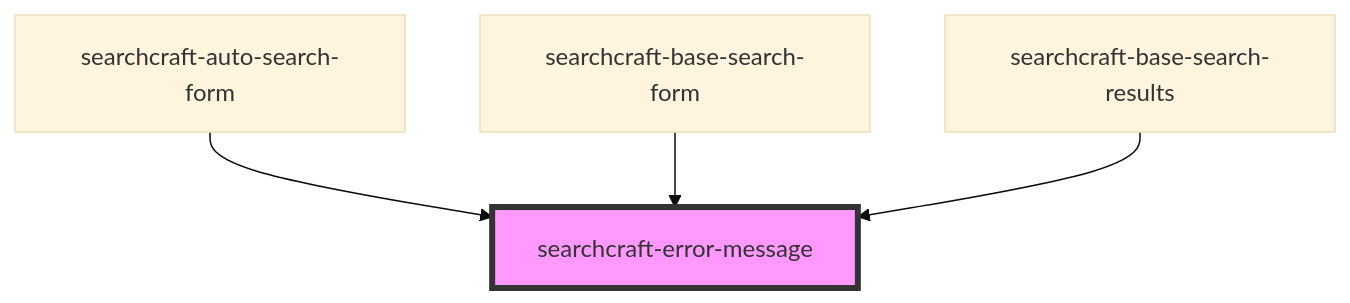
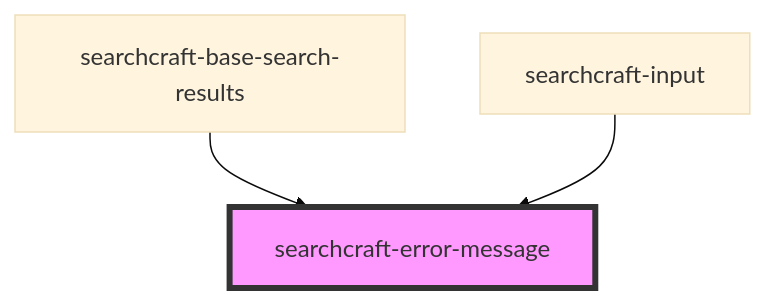
The diagram in packages/javascript-sdk/src/components/searchcraft-error-message/readme.md (searchcraft-inc/searchcraft-javascript-sdks), drawn with Mermaid (base theme) before and after one commit. The commit also changed other lines of this file and 24 other files, not shown here.

Commit message:
Refactors searchcraft-input to prep for popover component re:SC-554

````diff
--- a/packages/javascript-sdk/src/components/searchcraft-error-message/readme.md
+++ b/packages/javascript-sdk/src/components/searchcraft-error-message/readme.md
@@ -24,7 +23,6 @@
 ```mermaid
 graph TD;
-  searchcraft-auto-search-form --> searchcraft-error-message
-  searchcraft-base-search-form --> searchcraft-error-message
   searchcraft-base-search-results --> searchcraft-error-message
+  searchcraft-input --> searchcraft-error-message
   style searchcraft-error-message fill:#f9f,stroke:#333,stroke-width:4px
 ```
````
